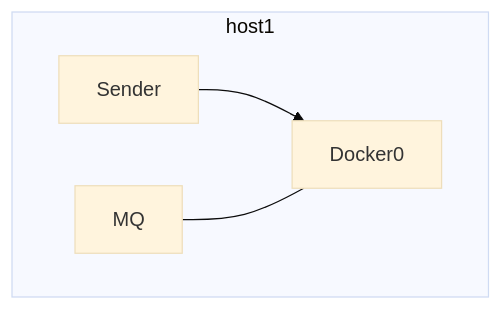
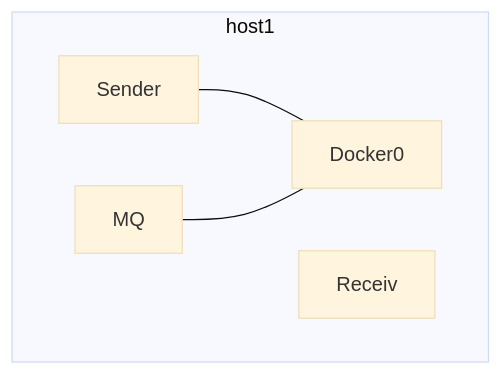
The diagram in all/network.md (googlelxhgithub/iodraw-files), drawn with Mermaid (base theme) before and after one commit.

Commit message:
2024-08-30 21:46:32 update

````diff
--- a/all/network.md
+++ b/all/network.md
@@ -1,9 +1,10 @@
 ```mermaid
 flowchart TD
     subgraph host1
-    Sender --> Docker0
+    Sender --- Docker0
     MQ --- Docker0
+    Receiv
 
     end
  
 ```
````
